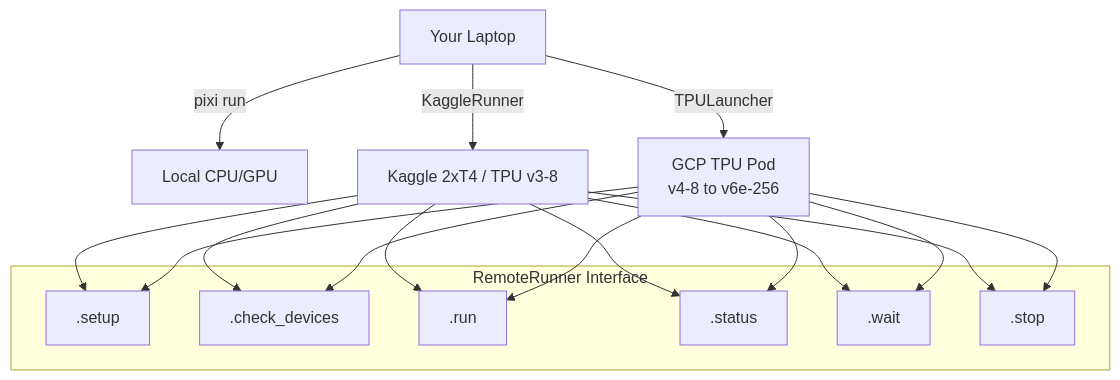
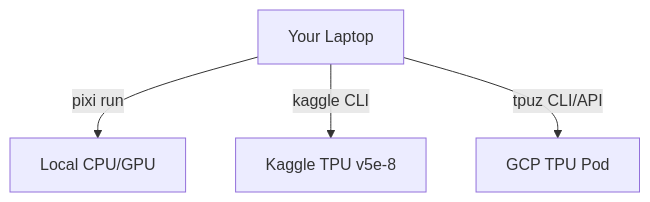
The first of 2 diagrams in docs/deployment.md (mlnomadpy/flaxchat), drawn with Mermaid before and after one commit. The commit also changed other lines of this file and 31 other files, not shown here.

````diff
--- a/docs/deployment.md
+++ b/docs/deployment.md
@@ -13,18 +13,6 @@
 ```mermaid
 graph TD
     USER[Your Laptop] --> |"pixi run"| LOCAL[Local CPU/GPU]
-    USER --> |"KaggleRunner"| KAGGLE[Kaggle 2xT4 / TPU v3-8]
-    USER --> |"TPULauncher"| GCP[GCP TPU Pod<br/>v4-8 to v6e-256]
-
-    subgraph "RemoteRunner Interface"
-        SETUP[.setup]
-        CHECK[.check_devices]
-        RUN[.run]
-        STATUS[.status]
-        WAIT[.wait]
-        STOP[.stop]
-    end
-
-    KAGGLE --> SETUP & CHECK & RUN & STATUS & WAIT & STOP
-    GCP --> SETUP & CHECK & RUN & STATUS & WAIT & STOP
+    USER --> |"kaggle CLI"| KAGGLE[Kaggle TPU v5e-8]
+    USER --> |"tpuz CLI/API"| GCP[GCP TPU Pod]
 ```
````
